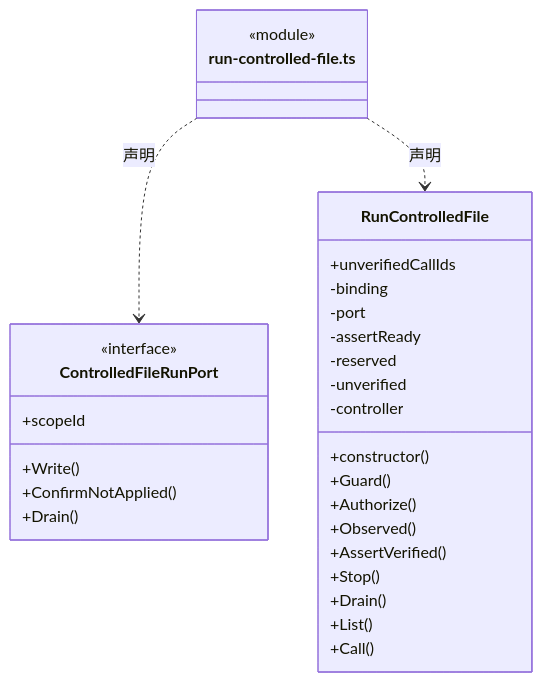
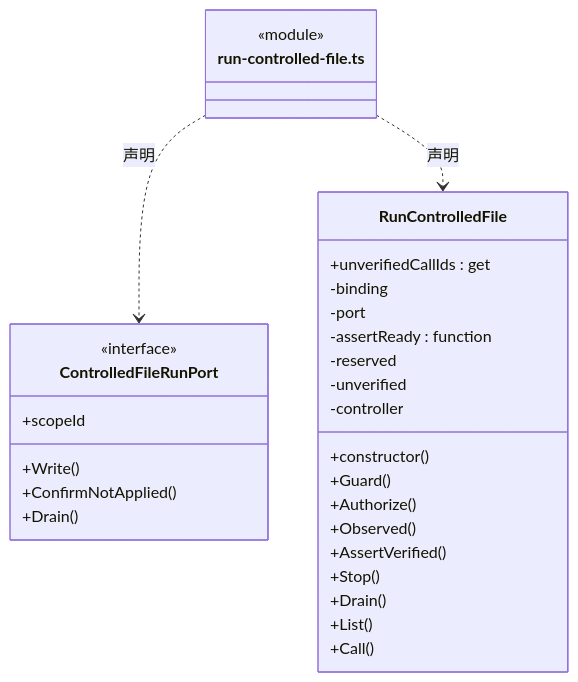
Before and after one commit to nan023062/cbim: diagram 11 of 18 in src/logic/execution/rules/capabilities/ARCHITECTURE.md, drawn with Mermaid. The commit also changed other lines of this file and 137 other files, not shown here.

Commit message:
fix: align architecture generator with documentation standards

````diff
--- a/src/logic/execution/rules/capabilities/ARCHITECTURE.md
+++ b/src/logic/execution/rules/capabilities/ARCHITECTURE.md
@@ -338,33 +352,33 @@
 ```mermaid
 classDiagram
 class N_src_logic_execution_rules_capabilities_run_controlled_file_ts["run-controlled-file.ts"] {
   <<module>>
 }
 class N_src_logic_execution_rules_capabilities_run_controlled_file_ts_ControlledFileRunPort["ControlledFileRunPort"] {
   <<interface>>
   +scopeId
   +Write()
   +ConfirmNotApplied()
   +Drain()
 }
 N_src_logic_execution_rules_capabilities_run_controlled_file_ts ..> N_src_logic_execution_rules_capabilities_run_controlled_file_ts_ControlledFileRunPort : 声明
 class N_src_logic_execution_rules_capabilities_run_controlled_file_ts_RunControlledFile["RunControlledFile"] {
   +constructor()
   +Guard()
   +Authorize()
   +Observed()
-  +unverifiedCallIds
+  +unverifiedCallIds : get
   +AssertVerified()
   +Stop()
   +Drain()
   +List()
   +Call()
   -binding
   -port
-  -assertReady
+  -assertReady : function
   -reserved
   -unverified
   -controller
 }
 N_src_logic_execution_rules_capabilities_run_controlled_file_ts ..> N_src_logic_execution_rules_capabilities_run_controlled_file_ts_RunControlledFile : 声明
 ```
````
